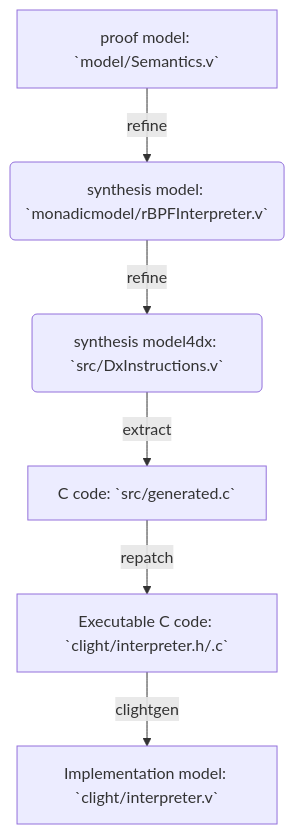
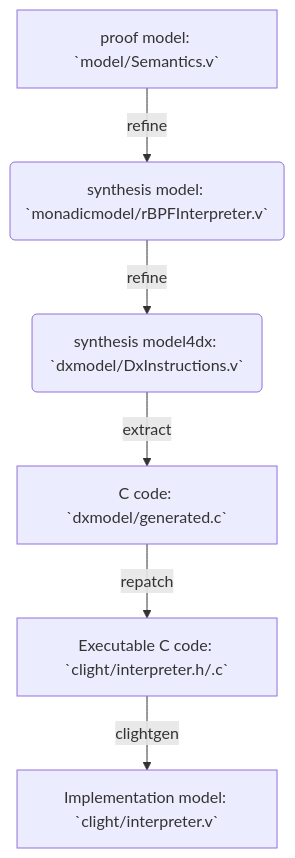
Before and after one commit to future-proof-iot/CertFC: the first of 2 diagrams in README.md, drawn with Mermaid. The commit also changed other lines of this file and 176 other files, not shown here.

````diff
--- a/README.md
+++ b/README.md
@@ -87,8 +109,8 @@
 ```mermaid
 graph TD;
     A[proof model: `model/Semantics.v`] -->|refine| B(synthesis model: `monadicmodel/rBPFInterpreter.v`);
-    B -->|refine| C(synthesis model4dx: `src/DxInstructions.v`);
-    C -->|extract| D[C code: `src/generated.c`];
+    B -->|refine| C(synthesis model4dx: `dxmodel/DxInstructions.v`);
+    C -->|extract| D[C code: `dxmodel/generated.c`];
     D -->|repatch| E[Executable C code: `clight/interpreter.h/.c`];
     E -->|clightgen| F[Implementation model: `clight/interpreter.v`];
 ```
````
